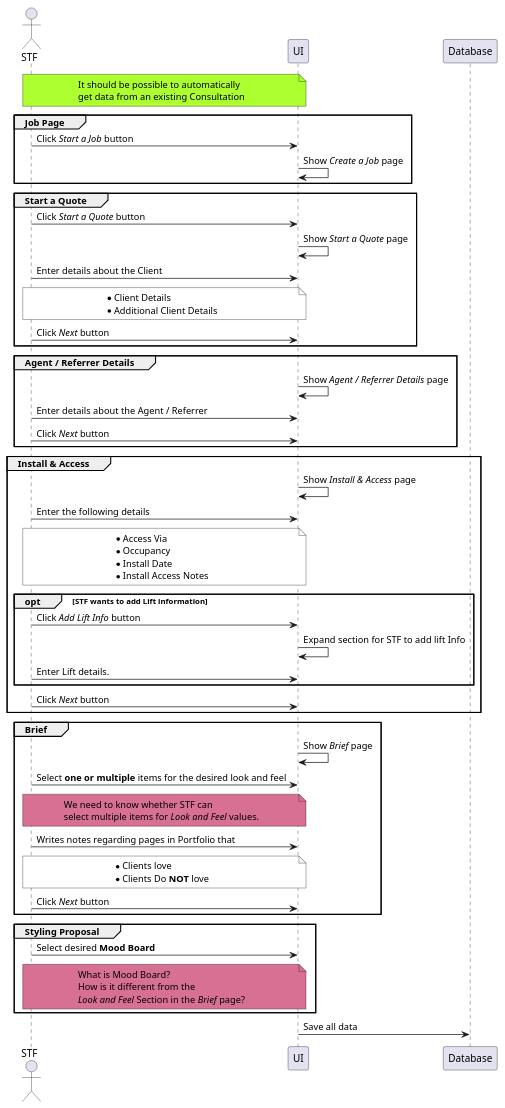
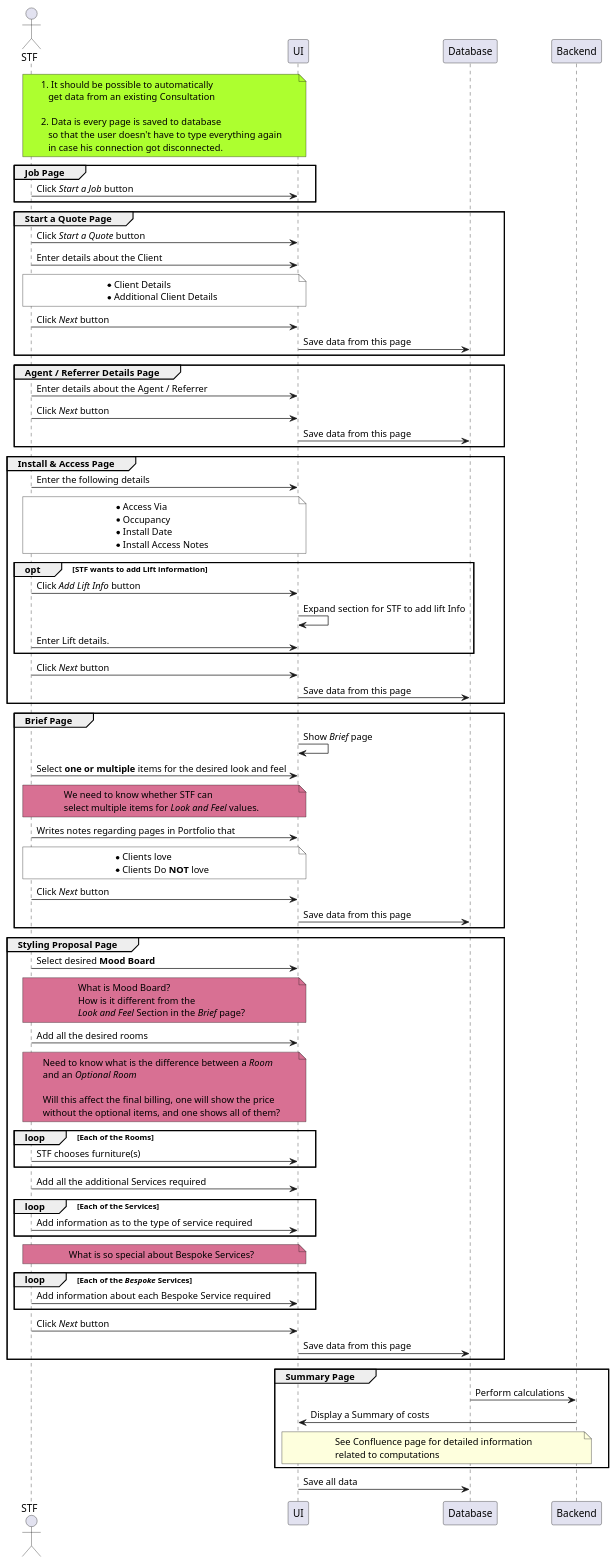
One commit to jpgacrama/NovariSpecs changed the diagram in STF/STF_CreateQuote_withoutConsultationFirst.pu. Above: the diagram before and after it, drawn with PlantUML.

Commit message:
Continued until displaying the Summary Page

```diff
--- a/STF/STF_CreateQuote_withoutConsultationFirst.pu
+++ b/STF/STF_CreateQuote_withoutConsultationFirst.pu
@@ -3,83 +3,128 @@
 @startuml
 
     actor "STF" as STF
 
     note over STF, UI #GreenYellow
-        It should be possible to automatically
-        get data from an existing Consultation
+        1. It should be possible to automatically
+           get data from an existing Consultation
+
+        2. Data is every page is saved to database
+           so that the user doesn't have to type everything again
+           in case his connection got disconnected.
     end note
 
     group Job Page 
         STF  -> UI: Click //Start a Job// button
-        UI -> UI: Show //Create a Job// page
     end group
     
-    group Start a Quote 
+    group Start a Quote Page
         STF -> UI: Click //Start a Quote// button
-        UI -> UI: Show //Start a Quote// page
         STF -> UI: Enter details about the Client
 
         note over STF, UI #White
             * Client Details
             * Additional Client Details
         end note
 
         STF -> UI: Click //Next// button
+        UI -> Database: Save data from this page
     end group
 
-    group Agent / Referrer Details 
-        UI -> UI: Show //Agent / Referrer Details// page
+    group Agent / Referrer Details Page
         STF -> UI: Enter details about the Agent / Referrer
         STF -> UI: Click //Next// button
+        UI -> Database: Save data from this page
     end group
 
-    group Install & Access
-        UI -> UI: Show //Install & Access// page
+    group Install & Access Page
         STF -> UI: Enter the following details
         note over STF, UI #White
             * Access Via
             * Occupancy 
             * Install Date
             * Install Access Notes
         end note
 
         opt STF wants to add Lift information
             STF -> UI: Click //Add Lift Info// button 
             UI -> UI: Expand section for STF to add lift Info
             STF -> UI: Enter Lift details.
         end
 
         STF -> UI: Click //Next// button
+        UI -> Database: Save data from this page
     end group
 
-    group Brief
+    group Brief Page
         UI -> UI: Show //Brief// page
         STF -> UI: Select **one or multiple** items for the desired look and feel
 
         note over STF, UI #PaleVioletRed
             We need to know whether STF can
             select multiple items for //Look and Feel// values.
         end note
         
         STF -> UI: Writes notes regarding pages in Portfolio that
         note over STF, UI #White
             * Clients love
             * Clients Do **NOT** love
         end note
 
         STF -> UI: Click //Next// button
+        UI -> Database: Save data from this page
     end group
 
-    group Styling Proposal
+    group Styling Proposal Page
         STF -> UI: Select desired **Mood Board**
 
         note over STF, UI #PaleVioletRed
             What is Mood Board?
             How is it different from the
             //Look and Feel// Section in the //Brief// page?
         end note
+
+        STF -> UI: Add all the desired rooms
+
+        note over STF, UI #PaleVioletRed
+            Need to know what is the difference between a //Room// 
+            and an //Optional Room//
+
+            Will this affect the final billing, one will show the price 
+            without the optional items, and one shows all of them?
+        end note
+
+        loop Each of the Rooms
+            STF -> UI: STF chooses furniture(s)
+        end
+
+        STF -> UI: Add all the additional Services required
+
+        loop Each of the Services
+            STF -> UI: Add information as to the type of service required
+        end
+
+        note over STF, UI #PaleVioletRed
+            What is so special about Bespoke Services?
+        end note
+
+        loop Each of the //Bespoke// Services
+            STF -> UI: Add information about each Bespoke Service required
+        end note
+
+        STF -> UI: Click //Next// button
+        UI -> Database: Save data from this page
+    end group
+
+    group Summary Page
+        Database -> Backend: Perform calculations
+        Backend -> UI: Display a Summary of costs
+
+        note over UI, Backend
+            See Confluence page for detailed information
+            related to computations
+        end note
     end group
     
     UI -> Database: Save all data
 
 @enduml
```
